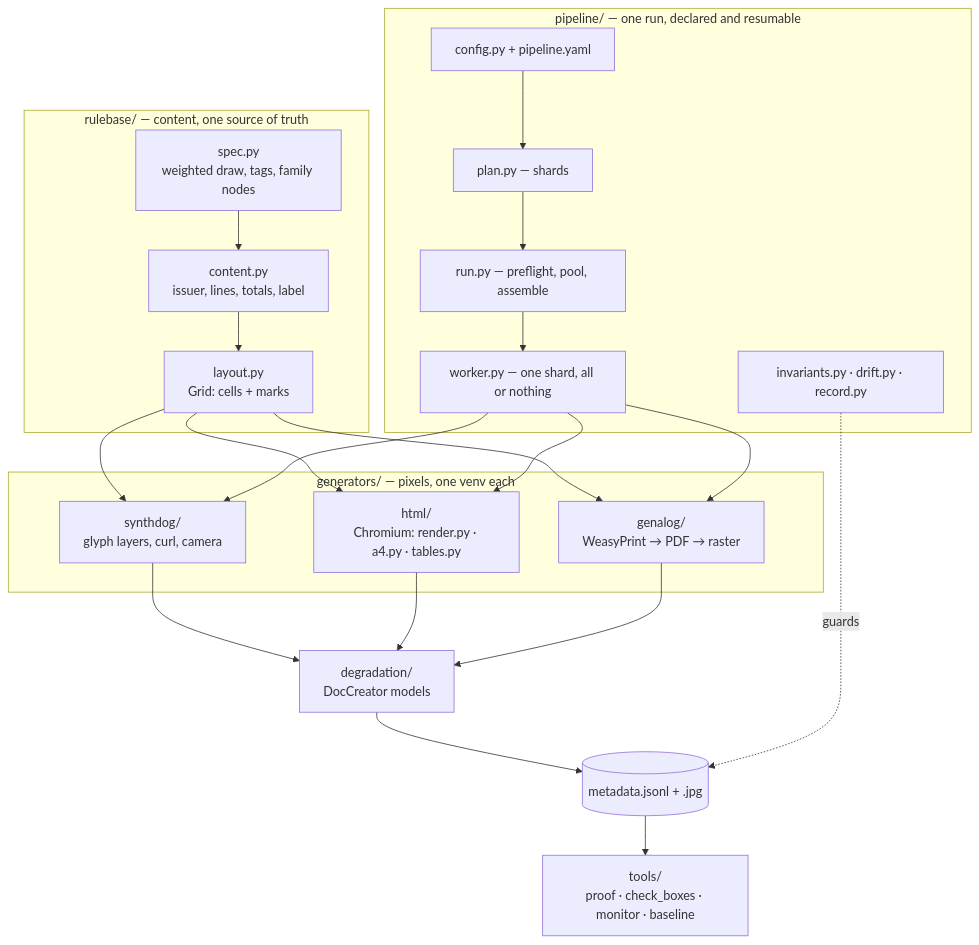
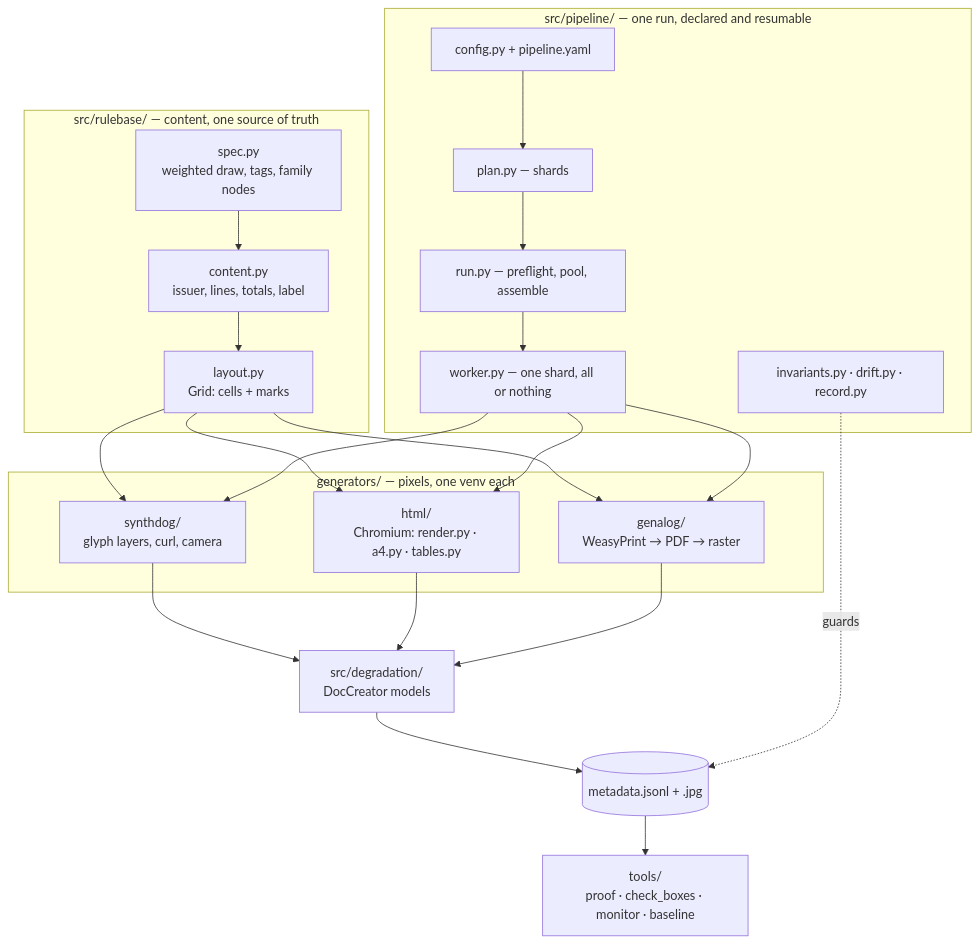
The second of 9 diagrams in README.md (LinhPhuong14/vlm-ocr-synthetic), drawn with Mermaid before and after one commit. The commit also changed other lines of this file and 682 other files, not shown here.

````diff
--- a/README.md
+++ b/README.md
@@ -96,32 +97,32 @@
 ```mermaid
 flowchart TD
-    subgraph rulebase["rulebase/ — content, one source of truth"]
+    subgraph rulebase["src/rulebase/ — content, one source of truth"]
         S["spec.py<br/>weighted draw, tags, family nodes"]
         C["content.py<br/>issuer, lines, totals, label"]
         L["layout.py<br/>Grid: cells + marks"]
     end
 
     subgraph backends["generators/ — pixels, one venv each"]
         R1["synthdog/<br/>glyph layers, curl, camera"]
         R2["html/<br/>Chromium: render.py · a4.py · tables.py"]
         R3["genalog/<br/>WeasyPrint → PDF → raster"]
     end
 
-    subgraph orch["pipeline/ — one run, declared and resumable"]
+    subgraph orch["src/pipeline/ — one run, declared and resumable"]
         CF["config.py + pipeline.yaml"]
         PL["plan.py — shards"]
         WK["worker.py — one shard, all or nothing"]
         RN["run.py — preflight, pool, assemble"]
         IV["invariants.py · drift.py · record.py"]
     end
 
-    D["degradation/<br/>DocCreator models"]
+    D["src/degradation/<br/>DocCreator models"]
     O[("metadata.jsonl + .jpg")]
 
     S --> C --> L
     L --> R1 & R2 & R3
     R1 & R2 & R3 --> D --> O
     CF --> PL --> RN --> WK --> R1 & R2 & R3
     IV -.guards.-> O
     O --> T["tools/<br/>proof · check_boxes · monitor · baseline"]
 ```
````
